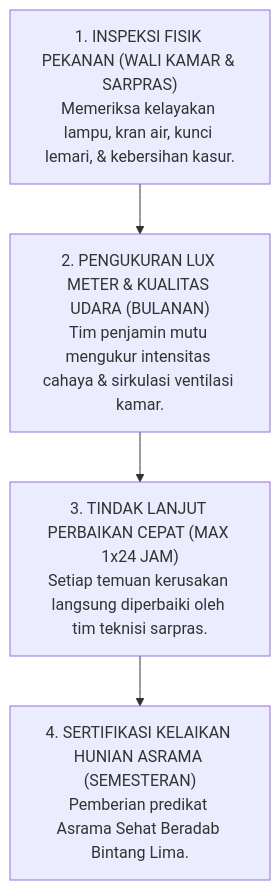
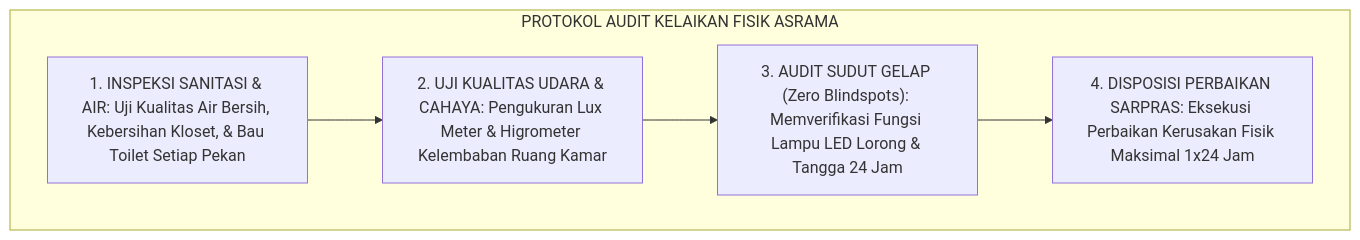
The third of 3 diagrams in 02 Principles/02 Design Principles/P2-02-02-Prinsip-Desain-Arsitektur-Asrama-24-Jam.md (wandiapriliyandi/tumbuh), drawn with Mermaid before and after one commit. The commit also changed other lines of this file and 7 other files, not shown here.

````diff
--- a/02 Principles/02 Design Principles/P2-02-02-Prinsip-Desain-Arsitektur-Asrama-24-Jam.md
+++ b/02 Principles/02 Design Principles/P2-02-02-Prinsip-Desain-Arsitektur-Asrama-24-Jam.md
@@ -265,12 +168,9 @@
 ```mermaid
 flowchart TD
-    Audit1["1. INSPEKSI FISIK PEKANAN (WALI KAMAR & SARPRAS)<br/>Memeriksa kelayakan lampu, kran air, kunci lemari, & kebersihan kasur."]
-    
-    Audit2["2. PENGUKURAN LUX METER & KUALITAS UDARA (BULANAN)<br/>Tim penjamin mutu mengukur intensitas cahaya & sirkulasi ventilasi kamar."]
-    
-    Audit3["3. TINDAK LANJUT PERBAIKAN CEPAT (MAX 1x24 JAM)<br/>Setiap temuan kerusakan langsung diperbaiki oleh tim teknisi sarpras."]
-    
-    Audit4["4. SERTIFIKASI KELAIKAN HUNIAN ASRAMA (SEMESTERAN)<br/>Pemberian predikat Asrama Sehat Beradab Bintang Lima."]
-    
-    Audit1 --> Audit2 --> Audit3 --> Audit4
+    subgraph ProtokolAuditFasilitasAsrama["PROTOKOL AUDIT KELAIKAN FISIK ASRAMA"]
+        InspeksiSanitasi["1. INSPEKSI SANITASI & AIR: Uji Kualitas Air Bersih, Kebersihan Kloset, & Bau Toilet Setiap Pekan"]
+        --> PengukuranUdara["2. UJI KUALITAS UDARA & CAHAYA: Pengukuran Lux Meter & Higrometer Kelembaban Ruang Kamar"]
+        --> AuditBlindspots["3. AUDIT SUDUT GELAP (Zero Blindspots): Memverifikasi Fungsi Lampu LED Lorong & Tangga 24 Jam"]
+        --> DisposisiPerbaikan["4. DISPOSISI PERBAIKAN SARPRAS: Eksekusi Perbaikan Kerusakan Fisik Maksimal 1x24 Jam"]
+    end
 ```
````
